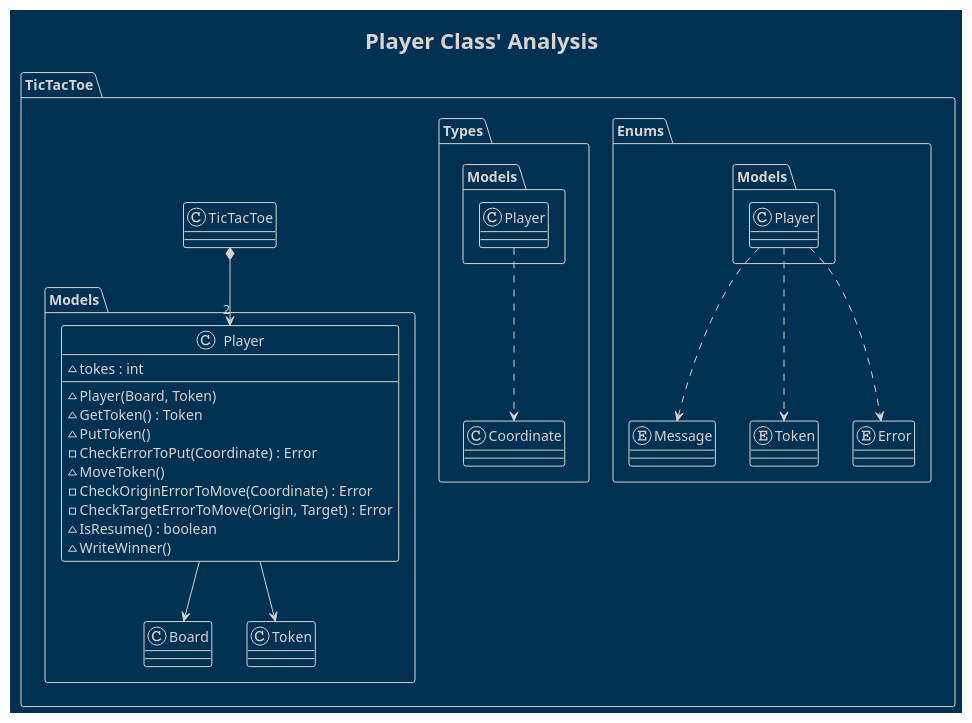
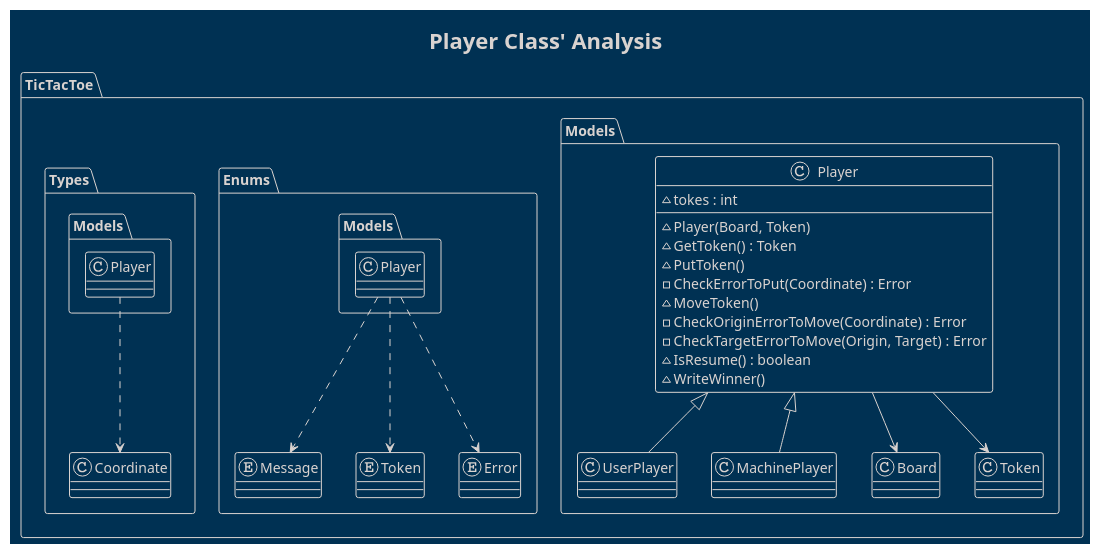
Before and after one commit to franpaulinoinfante/TicTacToe: the eighth of 13 diagrams in src/DomainModel/WithMachine/Docs/Anlysis.plantuml, drawn with PlantUML. The commit also changed other lines of this file, not shown here.

```diff
--- a/src/DomainModel/WithMachine/Docs/Anlysis.plantuml
+++ b/src/DomainModel/WithMachine/Docs/Anlysis.plantuml
@@ -198,45 +196,45 @@
 @startuml Player Class Analysis
     !theme blueprint
     title Player Class' Analysis
 
     package TicTacToe{        
     namespace Models{
-        TicTacToe.TicTacToe *--> "2" Player
-
             class Player{
                 ~tokes : int
                 ~Player(Board, Token)
                 ~GetToken() : Token
                 ~PutToken()
                 -CheckErrorToPut(Coordinate) : Error
                 ~MoveToken()   
                 -CheckOriginErrorToMove(Coordinate) : Error
                 -CheckTargetErrorToMove(Origin, Target) : Error
                 ~IsResume() : boolean
                 ~WriteWinner()
             }
+            Player <|-- UserPlayer
+            Player <|-- MachinePlayer
             Player --> Board
             Player --> Token
         }
 
         namespace Enums{
             enum Message{
             }
             Message <.up. Models.Player
 
             enum Token{
             }
             Token <.up. Models.Player
 
             enum Error{
             }
             Error <.up. Models.Player
         }
 
         namespace Types{
             class Coordinate{
             }
             Coordinate <.up. Models.Player
         }
     }
 @enduml
```
